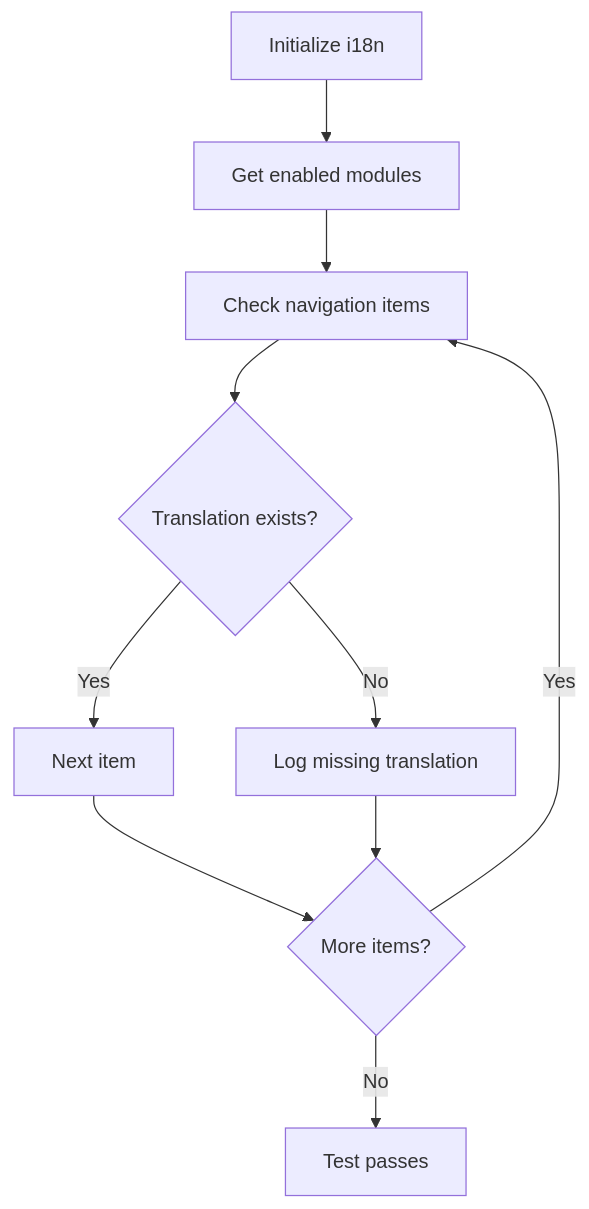
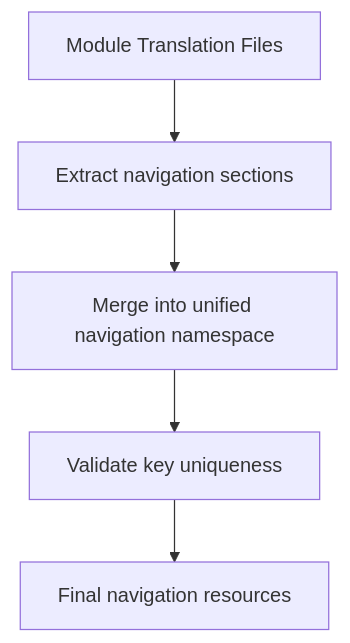
The eighth of 9 diagrams in .qoder/repowiki/en/content/Internationalization.md (geniusdynamics/schoolpilot), drawn with Mermaid before and after one commit. The commit also changed other lines of this file and 311 other files, not shown here.

````diff
--- a/.qoder/repowiki/en/content/Internationalization.md
+++ b/.qoder/repowiki/en/content/Internationalization.md
@@ -423,12 +325,7 @@
 ```mermaid
 flowchart TD
-Init["Initialize i18n"] --> GetModules["Get enabled modules"]
-GetModules --> CheckNavItems["Check navigation items"]
-CheckNavItems --> Exists{"Translation exists?"}
-Exists --> |Yes| NextItem["Next item"]
-Exists --> |No| LogMissing["Log missing translation"]
-NextItem --> MoreItems{"More items?"}
-MoreItems --> |Yes| CheckNavItems
-MoreItems --> |No| PassTest["Test passes"]
-LogMissing --> MoreItems
+Modules["Module Translation Files"] --> Extract["Extract navigation sections"]
+Extract --> Merge["Merge into unified navigation namespace"]
+Merge --> Validate["Validate key uniqueness"]
+Validate --> Final["Final navigation resources"]
 ```
````
